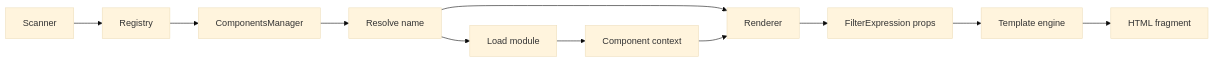
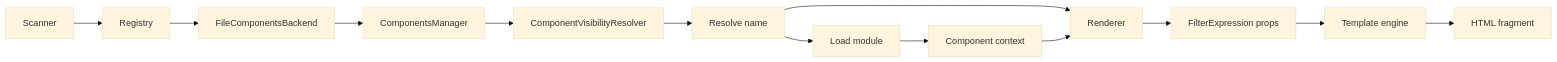
The diagram in docs/content/internals/component-pipeline.rst (next-dj/next-dj), drawn with Mermaid (base theme) before and after one commit. The commit also changed other lines of this file and 77 other files, not shown here.

```diff
--- a/docs/content/internals/component-pipeline.rst
+++ b/docs/content/internals/component-pipeline.rst
@@ -21,13 +21,15 @@
 .. mermaid::
 
    flowchart LR
        Scanner[Scanner] --> Registry[Registry]
-       Registry --> Manager[ComponentsManager]
-       Manager --> Resolve[Resolve name]
+       Registry --> Backend[FileComponentsBackend]
+       Backend --> Manager[ComponentsManager]
+       Manager --> Visibility[ComponentVisibilityResolver]
+       Visibility --> Resolve[Resolve name]
        Resolve --> Loading[Load module]
        Loading --> ContextReg[Component context]
        Resolve --> Renderer[Renderer]
        ContextReg --> Renderer
        Renderer --> FilterExpr[FilterExpression props]
        FilterExpr --> Template[Template engine]
        Template --> Output[HTML fragment]
```
